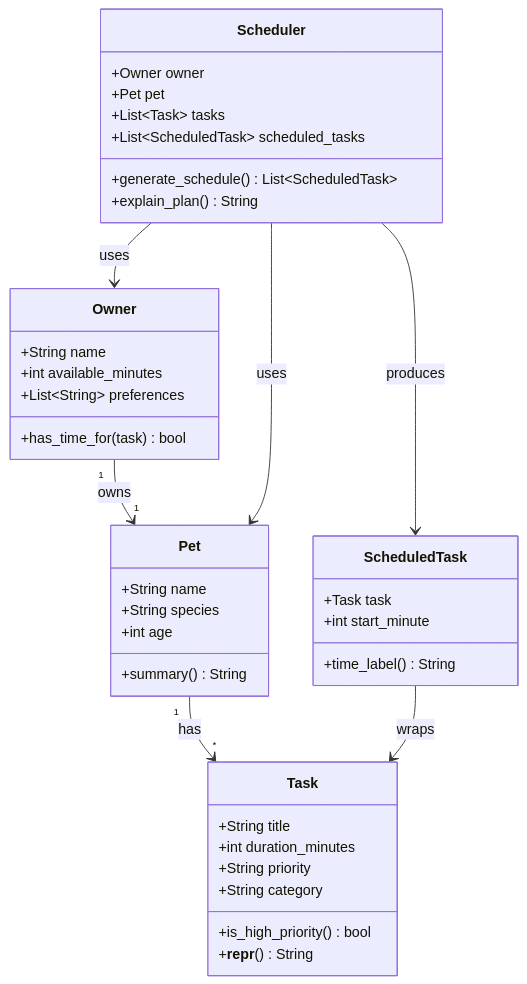
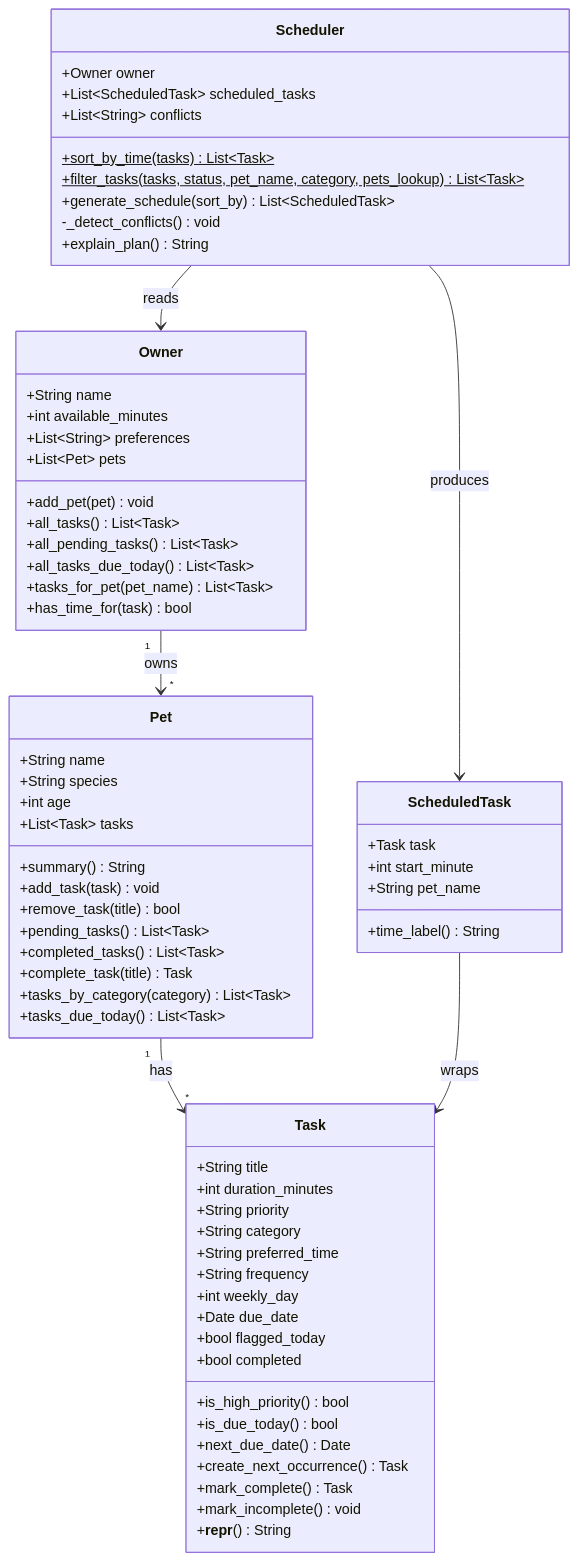
One commit to shuja-waraich-03/ai110-module2show-pawpal-starter changed the diagram in class_diagram.md. Above: the diagram before and after it, drawn with Mermaid. The commit also changed 5 other files, not shown here.

First line of the commit message:
feat: finalize UI, tests, UML diagram, README, and reflection

````diff
--- a/class_diagram.md
+++ b/class_diagram.md
@@ -1,47 +1,74 @@
 ```mermaid
 classDiagram
-    class Owner {
-        +String name
-        +int available_minutes
-        +List~String~ preferences
-        +has_time_for(task) bool
+    class Task {
+        +String title
+        +int duration_minutes
+        +String priority
+        +String category
+        +String preferred_time
+        +String frequency
+        +int weekly_day
+        +Date due_date
+        +bool flagged_today
+        +bool completed
+        +is_high_priority() bool
+        +is_due_today() bool
+        +next_due_date() Date
+        +create_next_occurrence() Task
+        +mark_complete() Task
+        +mark_incomplete() void
+        +__repr__() String
     }
 
     class Pet {
         +String name
         +String species
         +int age
+        +List~Task~ tasks
         +summary() String
+        +add_task(task) void
+        +remove_task(title) bool
+        +pending_tasks() List~Task~
+        +completed_tasks() List~Task~
+        +complete_task(title) Task
+        +tasks_by_category(category) List~Task~
+        +tasks_due_today() List~Task~
     }
 
-    class Task {
-        +String title
-        +int duration_minutes
-        +String priority
-        +String category
-        +is_high_priority() bool
-        +__repr__() String
+    class Owner {
+        +String name
+        +int available_minutes
+        +List~String~ preferences
+        +List~Pet~ pets
+        +add_pet(pet) void
+        +all_tasks() List~Task~
+        +all_pending_tasks() List~Task~
+        +all_tasks_due_today() List~Task~
+        +tasks_for_pet(pet_name) List~Task~
+        +has_time_for(task) bool
     }
 
     class ScheduledTask {
         +Task task
         +int start_minute
+        +String pet_name
         +time_label() String
     }
 
     class Scheduler {
         +Owner owner
-        +Pet pet
-        +List~Task~ tasks
         +List~ScheduledTask~ scheduled_tasks
-        +generate_schedule() List~ScheduledTask~
+        +List~String~ conflicts
+        +sort_by_time(tasks)$ List~Task~
+        +filter_tasks(tasks, status, pet_name, category, pets_lookup)$ List~Task~
+        +generate_schedule(sort_by) List~ScheduledTask~
+        -_detect_conflicts() void
         +explain_plan() String
     }
 
-    Owner "1" --> "1" Pet : owns
+    Owner "1" --> "*" Pet : owns
     Pet "1" --> "*" Task : has
     ScheduledTask --> Task : wraps
-    Scheduler --> Owner : uses
-    Scheduler --> Pet : uses
+    Scheduler --> Owner : reads
     Scheduler --> ScheduledTask : produces
 ```
````
